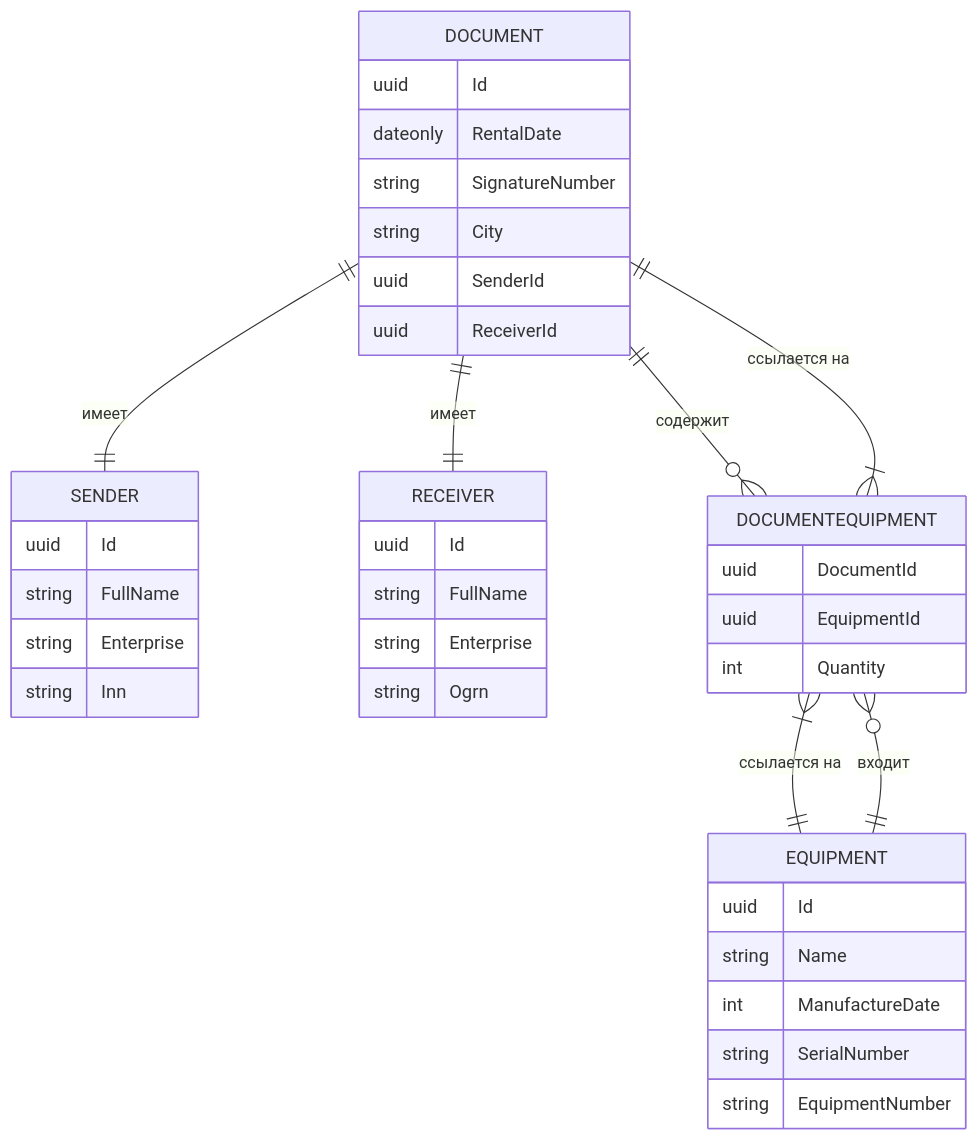
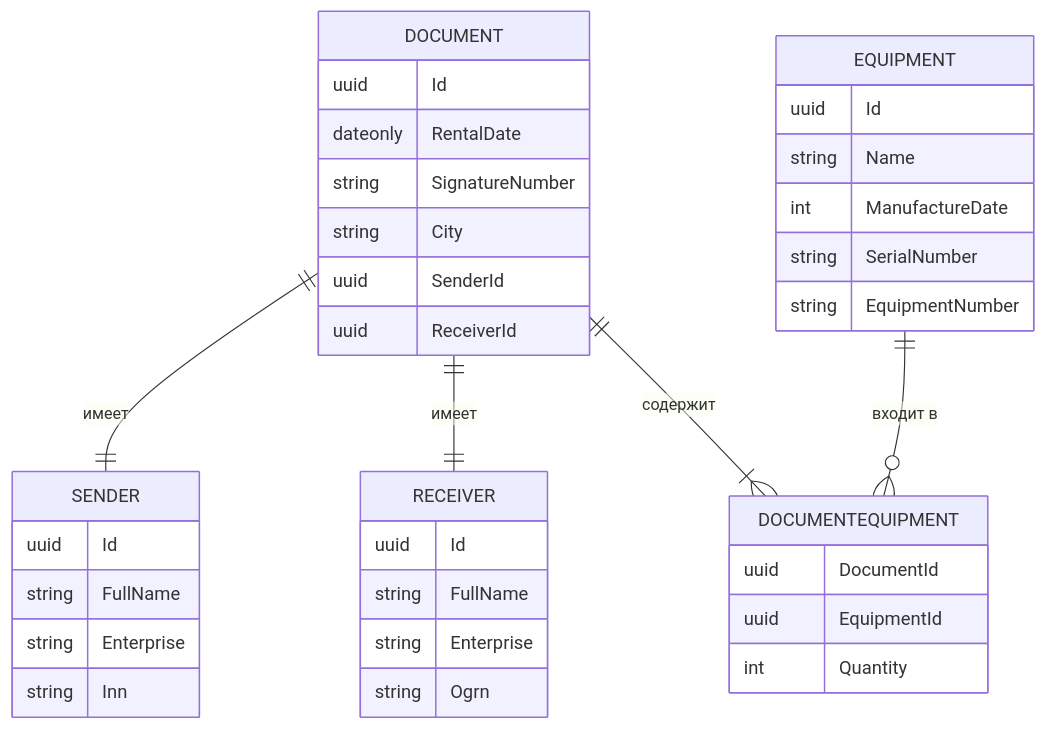
One commit to vaymanbanger/EquipHandover changed the diagram in README.md. Above: the diagram before and after it, drawn with Mermaid.

````diff
--- a/README.md
+++ b/README.md
@@ -4,46 +4,44 @@
 ```mermaid
 erDiagram
     DOCUMENT {
         uuid Id
         dateonly RentalDate
         string SignatureNumber
         string City
         uuid SenderId
         uuid ReceiverId
     }
     
     SENDER {
         uuid Id
         string FullName
         string Enterprise
         string Inn
     }
     
     RECEIVER {
         uuid Id
         string FullName
         string Enterprise
         string Ogrn
     }
     
     EQUIPMENT {
         uuid Id
         string Name
         int ManufactureDate
         string SerialNumber
         string EquipmentNumber
     }
     
     DOCUMENTEQUIPMENT {
         uuid DocumentId
         uuid EquipmentId
         int Quantity
     }
     
     DOCUMENT ||--|| SENDER : "имеет"
     DOCUMENT ||--|| RECEIVER : "имеет"
-    DOCUMENT ||--o{ DOCUMENTEQUIPMENT : "содержит"
-    EQUIPMENT ||--o{ DOCUMENTEQUIPMENT : "входит"
-    DOCUMENTEQUIPMENT }|--|| DOCUMENT : "ссылается на"
-    DOCUMENTEQUIPMENT }|--|| EQUIPMENT : "ссылается на "
+    DOCUMENT ||--|{ DOCUMENTEQUIPMENT : "содержит"
+    EQUIPMENT ||--o{ DOCUMENTEQUIPMENT : "входит в"
 ```
````
